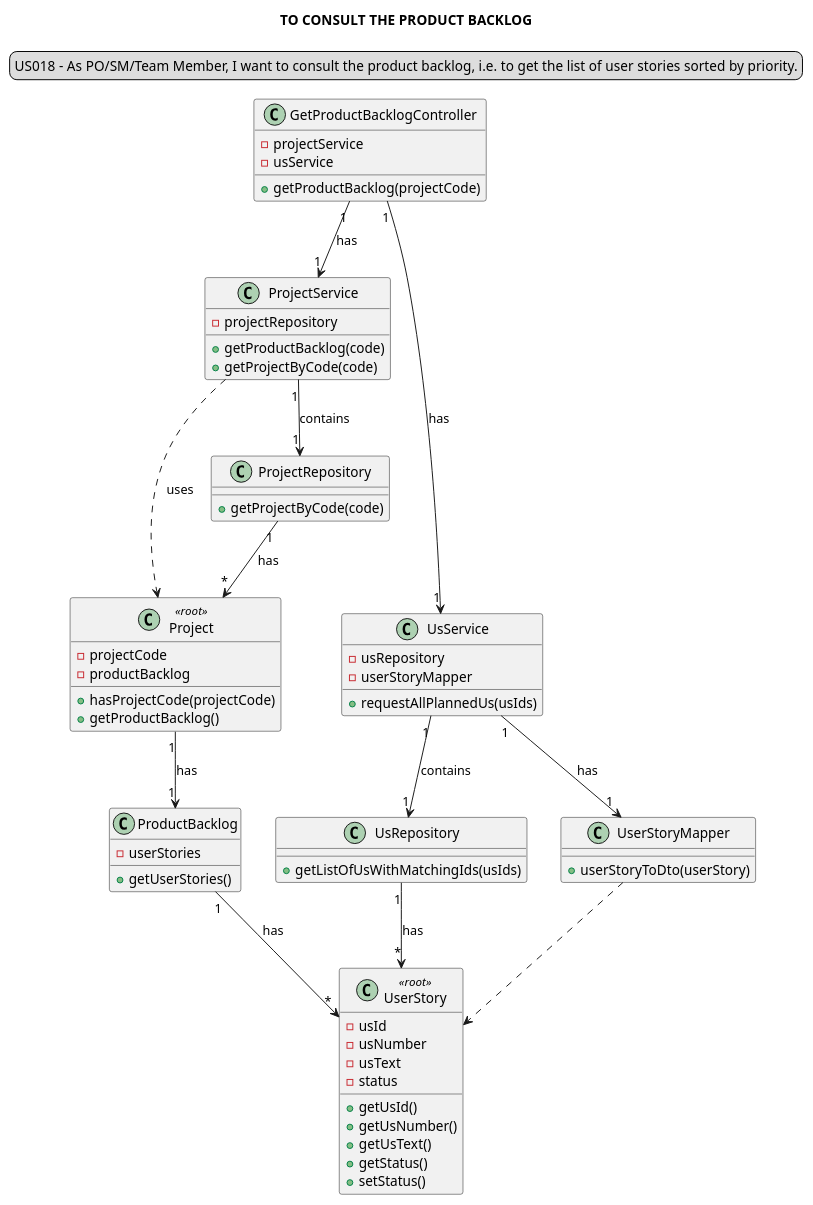
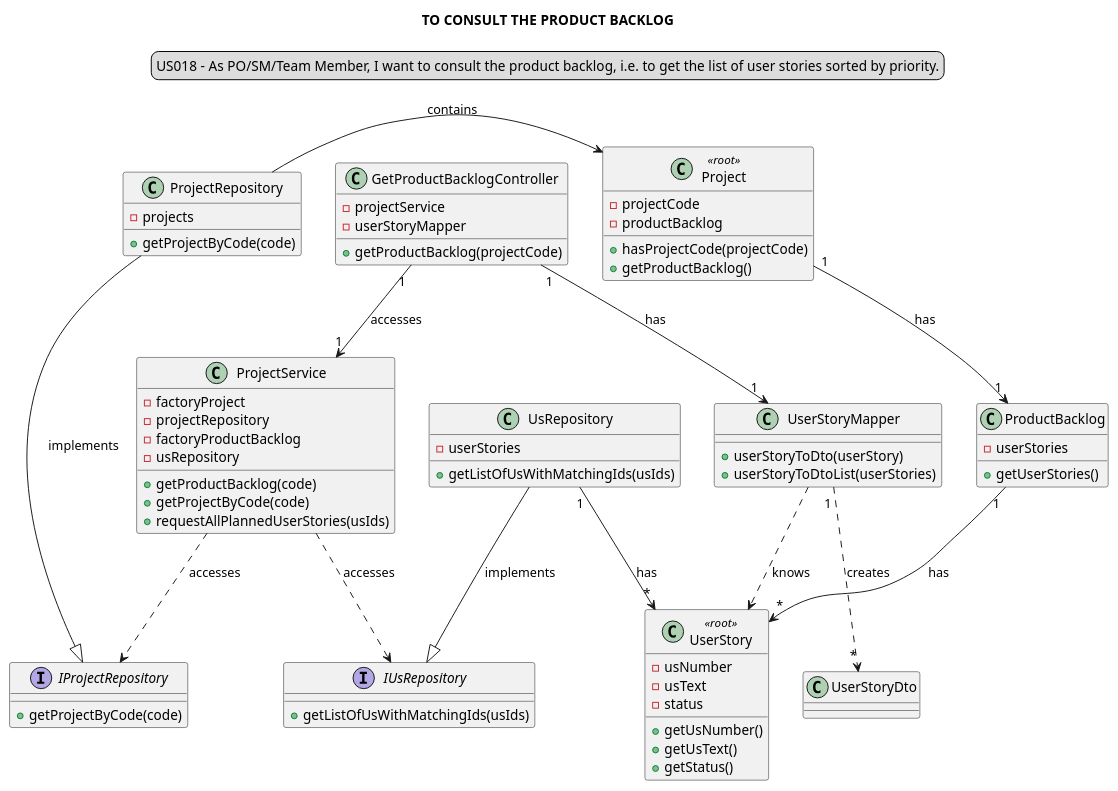
One commit to Loracline/project_switch_22-23 changed the diagram in docs/modelling_design/user_stories/sprint03/us018/US018_ClassDiagram_ddd.puml. Above: the diagram before and after it, drawn with PlantUML. The commit also changed 1 other file, not shown here.

Commit message:
US018: design: Update of class Diagram. references #276

```diff
--- a/docs/modelling_design/user_stories/sprint03/us018/US018_ClassDiagram_ddd.puml
+++ b/docs/modelling_design/user_stories/sprint03/us018/US018_ClassDiagram_ddd.puml
@@ -1,76 +1,87 @@
 @startuml
-'https://plantuml.com/class-diagram
+'https://plantuml.com/class-diagram'
 
 title TO CONSULT THE PRODUCT BACKLOG
 skinparam sequenceMessageAlign center
 legend top
 US018 - As PO/SM/Team Member, I want to consult the product backlog, i.e. to get the list of user stories sorted by priority.
 end legend
 
 class "GetProductBacklogController" {
 -projectService
--usService
+-userStoryMapper
 +getProductBacklog(projectCode)
 }
 
 class "ProjectService"{
+-factoryProject
 -projectRepository
+-factoryProductBacklog
+-usRepository
 +getProductBacklog(code)
 +getProjectByCode(code)
++requestAllPlannedUserStories(usIds)
 }
 
-class "UsService"{
--usRepository
--userStoryMapper
-+requestAllPlannedUs(usIds)
-}
 
 class "Project" <<root>>{
 -projectCode
 -productBacklog
 +hasProjectCode(projectCode)
 +getProductBacklog()
 }
 
 class "ProductBacklog"{
 -userStories
 +getUserStories()
 }
 
-class ProjectRepository{
-+getProjectByCode(code)
-}
+
 
 class "UsRepository"{
+-userStories
 +getListOfUsWithMatchingIds(usIds)
 }
 
 class "UserStoryMapper"{
 +userStoryToDto(userStory)
++userStoryToDtoList(userStories)
 }
+
 class "UserStory" <<root>>{
--usId
 -usNumber
 -usText
 -status
-+getUsId()
 +getUsNumber()
 +getUsText()
 +getStatus()
-+setStatus()
 }
 
+interface "IProjectRepository" {
++getProjectByCode(code)
+}
 
-"GetProductBacklogController" "1"-->"1"  "ProjectService": has
-"GetProductBacklogController" "1"-->"1"  "UsService": has
+interface "IUsRepository" {
++getListOfUsWithMatchingIds(usIds)
+}
+
+class ProjectRepository{
+-projects
++getProjectByCode(code)
+}
+
+"GetProductBacklogController" "1"-->"1" "ProjectService": accesses
+
 "Project" "1"-->"1" "ProductBacklog": has
 "ProductBacklog" "1"-->"*" "UserStory": has
-"UsService" "1"-->"1"  "UsRepository": contains
-"UsRepository" "1"-->"*" "UserStory": has
-"UsService" "1"-->"1"  "UserStoryMapper": has
-"UserStoryMapper" ..> "UserStory"
-"ProjectService" "1"-->"1" "ProjectRepository": contains
-"ProjectService" ..> "Project": uses
-"ProjectRepository" "1"-->"*" "Project": has
+"ProjectRepository" -> "Project" : contains
 
+"UsRepository" "1"->"*" "UserStory": has
+"GetProductBacklogController" "1"-->"1" "UserStoryMapper" : has
+"UserStoryMapper" "1 "..> "*" "UserStoryDto" : creates
+"UserStoryMapper" ..> "UserStory" : knows
+"ProjectRepository" --|> "IProjectRepository" : implements
+"ProjectService" ..> "IProjectRepository" : accesses
+"ProjectService" ..> "IUsRepository" : accesses
+"UsRepository" --|> "IUsRepository" :implements
 @enduml
```
